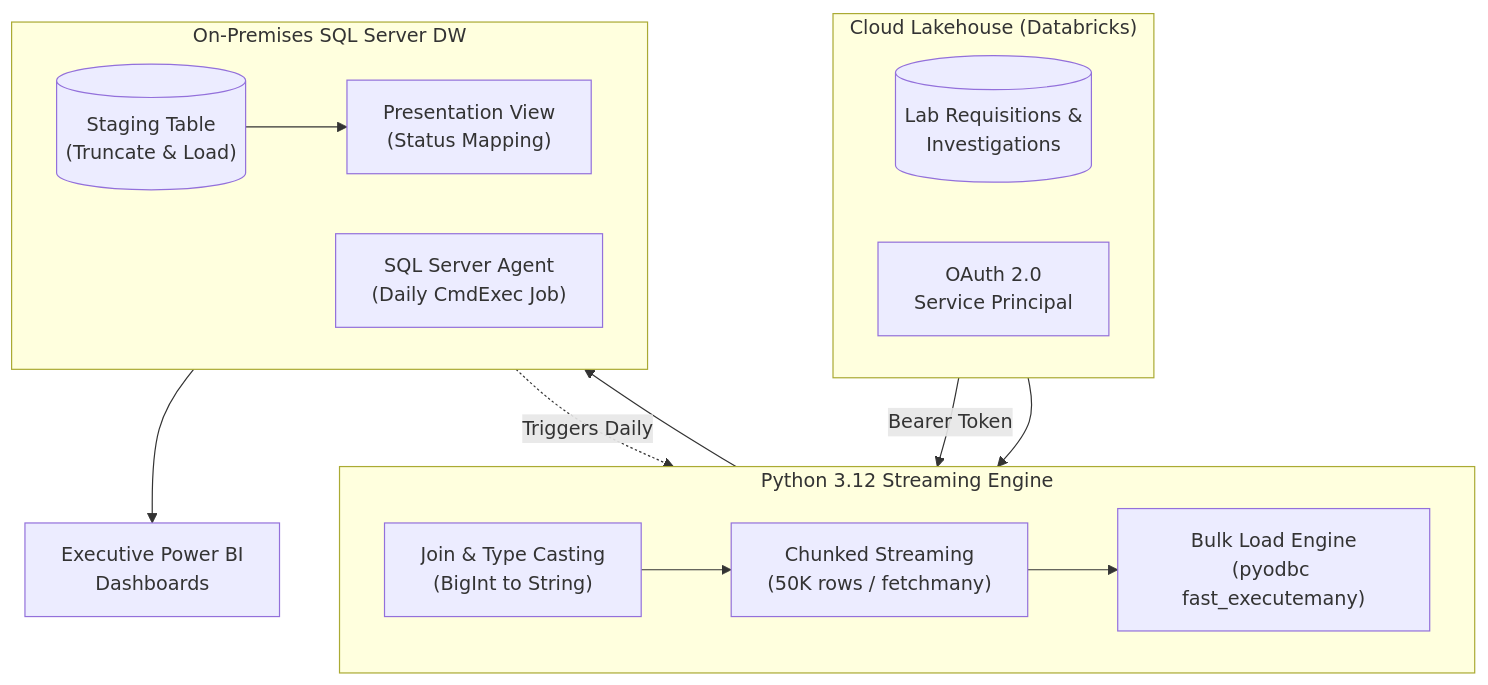
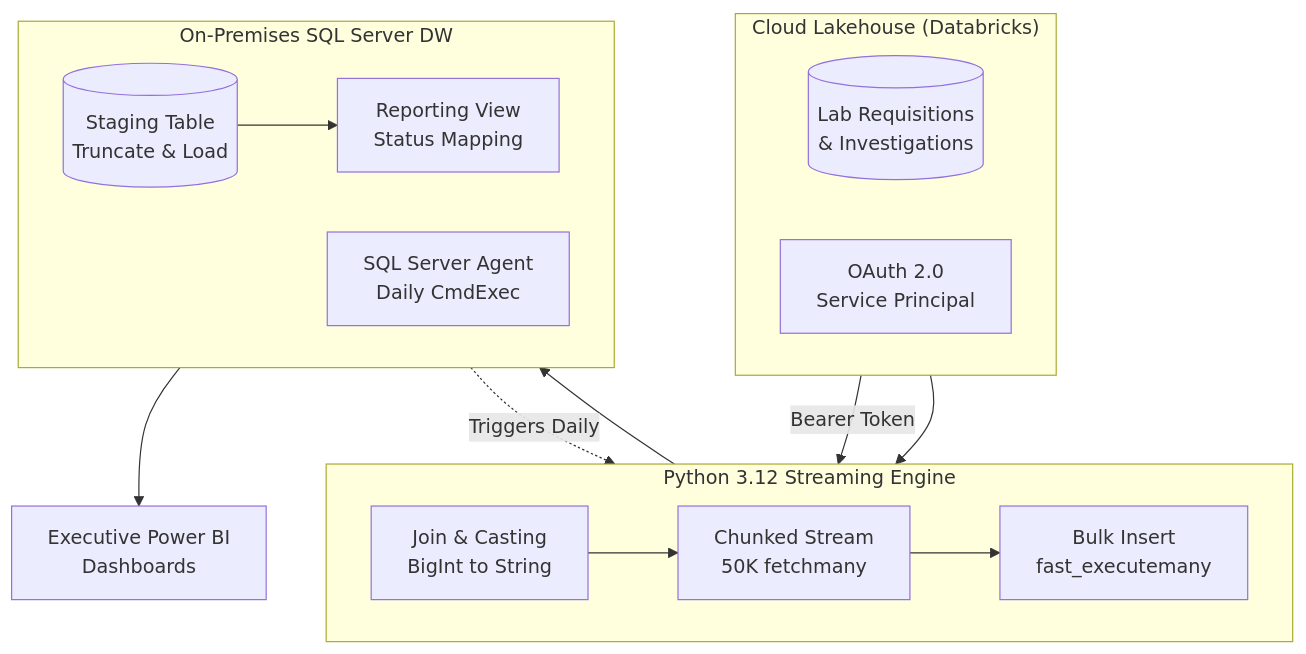
Before and after one commit to Murtada10/Databricks-SQL-ETL-Pipeline: the diagram in README.md, drawn with Mermaid. The commit also changed other lines of this file, not shown here.

````diff
--- a/README.md
+++ b/README.md
@@ -12,32 +12,32 @@
 ```mermaid
 flowchart TD
     subgraph Cloud ["Cloud Lakehouse (Databricks)"]
         direction LR
-        A[("Lab Requisitions &<br/>Investigations")]
+        A[("Lab Requisitions<br/>& Investigations")]
         B["OAuth 2.0<br/>Service Principal"]
     end
 
     subgraph ETL ["Python 3.12 Streaming Engine"]
         direction LR
-        C["Join & Type Casting<br/>(BigInt to String)"]
-        D["Chunked Streaming<br/>(50K rows / fetchmany)"]
-        E["Bulk Load Engine<br/>(pyodbc fast_executemany)"]
+        C["Join & Casting<br/>BigInt to String"]
+        D["Chunked Stream<br/>50K fetchmany"]
+        E["Bulk Insert<br/>fast_executemany"]
         C --> D --> E
     end
 
     subgraph OnPrem ["On-Premises SQL Server DW"]
         direction LR
-        F[("Staging Table<br/>(Truncate & Load)")]
-        G["Presentation View<br/>(Status Mapping)"]
-        H["SQL Server Agent<br/>(Daily CmdExec Job)"]
+        F[("Staging Table<br/>Truncate & Load")]
+        G["Reporting View<br/>Status Mapping"]
+        H["SQL Server Agent<br/>Daily CmdExec"]
         F --> G
     end
 
     I["Executive Power BI<br/>Dashboards"]
 
     B -->|Bearer Token| C
     A --> C
     E --> F
     G --> I
     H -.->|Triggers Daily| C
 ```
````
